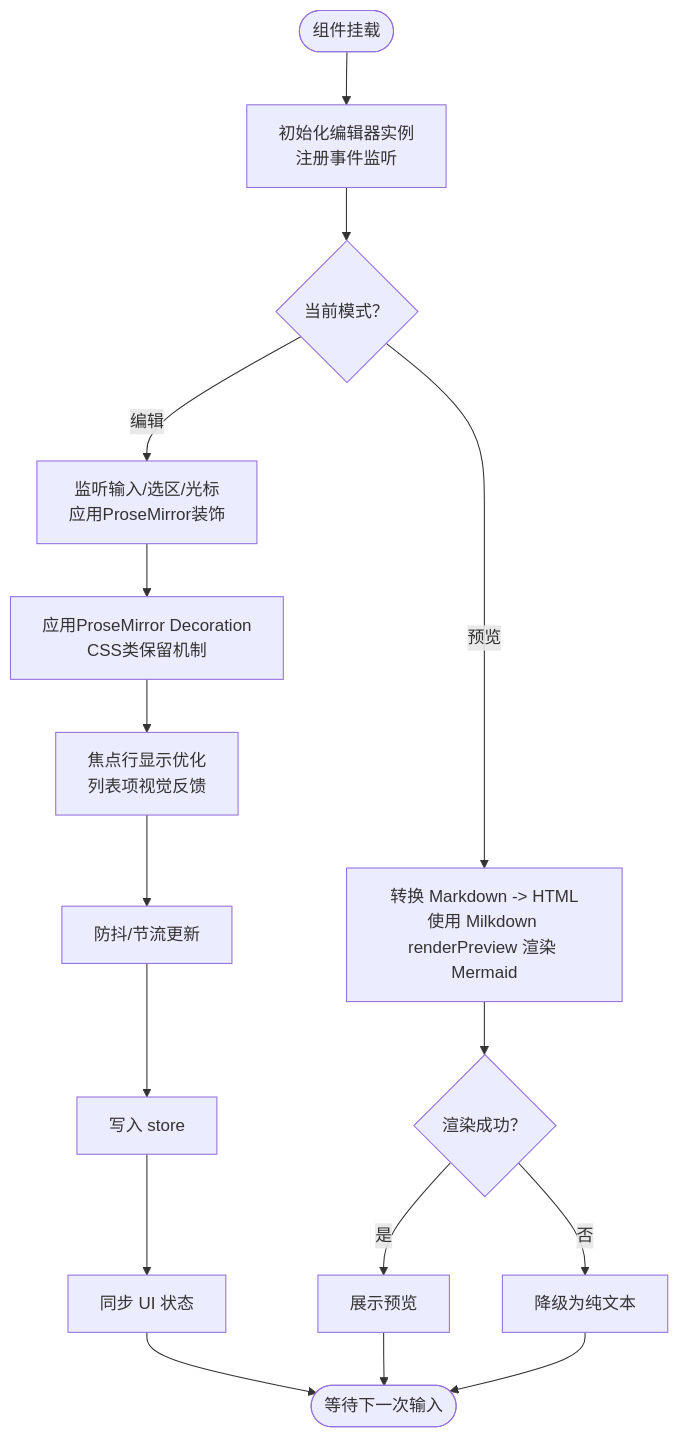
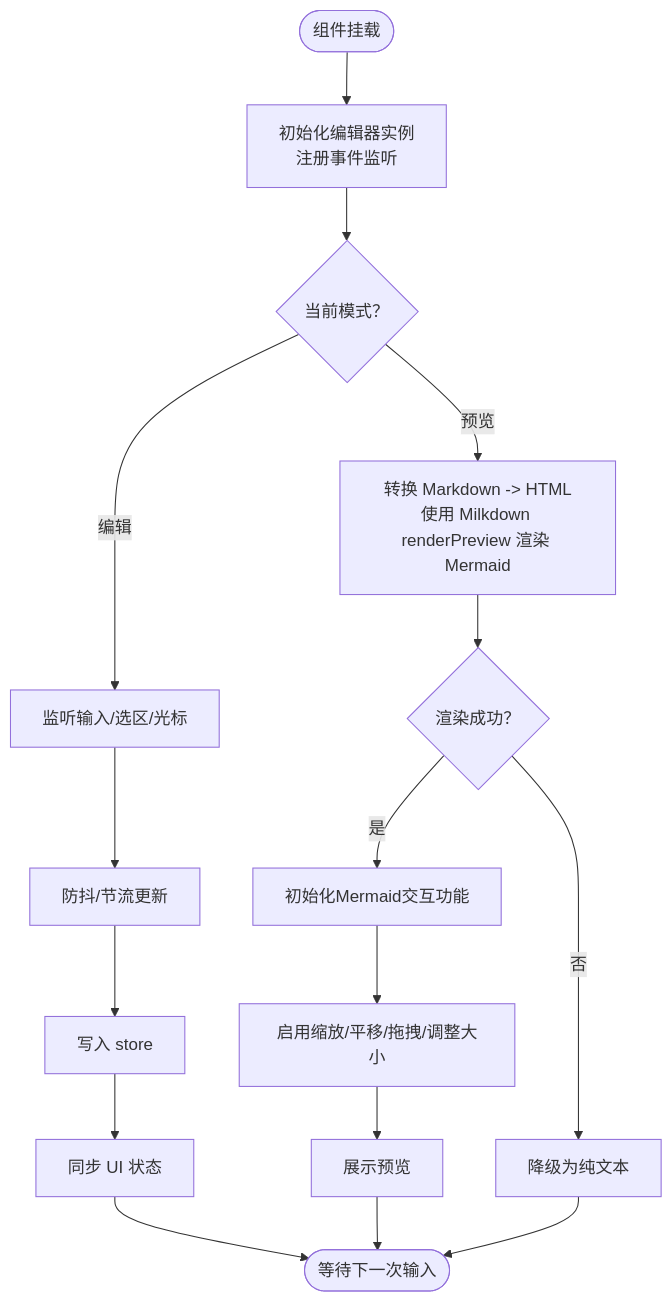
The third of 7 diagrams in .qoder/repowiki/zh/content/核心组件/编辑器组件.md (gongshiyun/ZenNote), drawn with Mermaid before and after one commit. The commit also changed other lines of this file and 3 other files, not shown here.

````diff
--- a/.qoder/repowiki/zh/content/核心组件/编辑器组件.md
+++ b/.qoder/repowiki/zh/content/核心组件/编辑器组件.md
@@ -179,18 +180,18 @@
 ```mermaid
 flowchart TD
 Start(["组件挂载"]) --> Init["初始化编辑器实例<br/>注册事件监听"]
 Init --> Mode{"当前模式？"}
-Mode --> |编辑| EditFlow["监听输入/选区/光标<br/>应用ProseMirror装饰"]
+Mode --> |编辑| EditFlow["监听输入/选区/光标"]
 Mode --> |预览| PreviewFlow["转换 Markdown -> HTML<br/>使用 Milkdown renderPreview 渲染 Mermaid"]
-EditFlow --> Decorate["应用ProseMirror Decoration<br/>CSS类保留机制"]
-Decorate --> FocusHighlight["焦点行显示优化<br/>列表项视觉反馈"]
-FocusHighlight --> Debounce["防抖/节流更新"]
+EditFlow --> Debounce["防抖/节流更新"]
 Debounce --> UpdateStore["写入 store"]
 PreviewFlow --> RenderOK{"渲染成功？"}
-RenderOK --> |是| ShowPreview["展示预览"]
+RenderOK --> |是| InitInteractive["初始化Mermaid交互功能"]
 RenderOK --> |否| Fallback["降级为纯文本"]
+InitInteractive --> InteractiveFeatures["启用缩放/平移/拖拽/调整大小"]
+InteractiveFeatures --> ShowPreview["展示预览"]
 UpdateStore --> SyncUI["同步 UI 状态"]
 SyncUI --> End(["等待下一次输入"])
 ShowPreview --> End
 Fallback --> End
 ```
````
